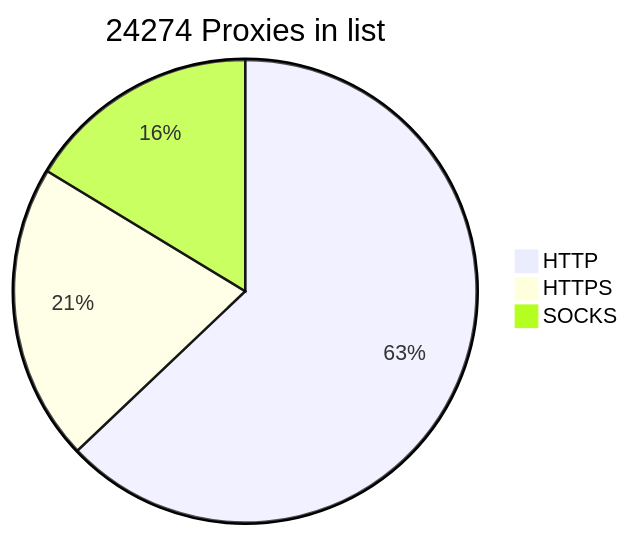
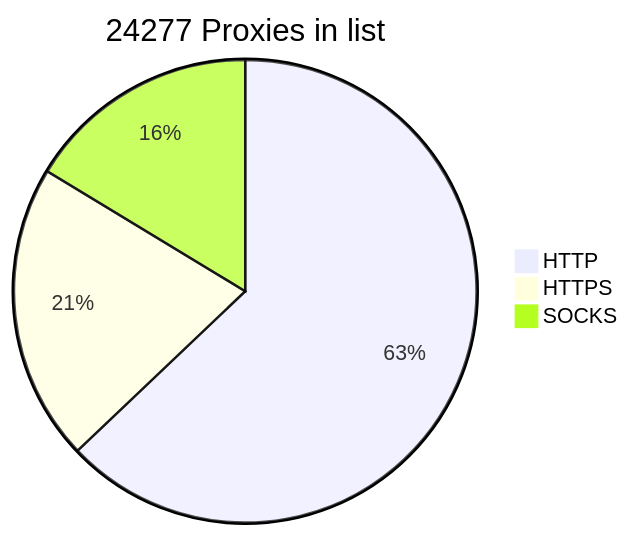
The diagram in README.md (BlackSnowDot/proxylist-update-every-minute), drawn with Mermaid before and after one commit.

````diff
--- a/README.md
+++ b/README.md
@@ -2,6 +2,6 @@
 ```mermaid
-pie title 24274 Proxies in list
+pie title 24277 Proxies in list
     "HTTP" : 17540
     "HTTPS": 5791
-    "SOCKS" : 4550
+    "SOCKS" : 4553
 ```
````
